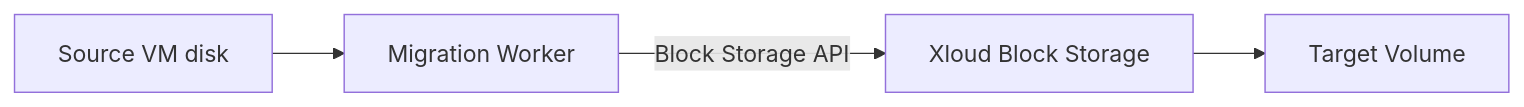
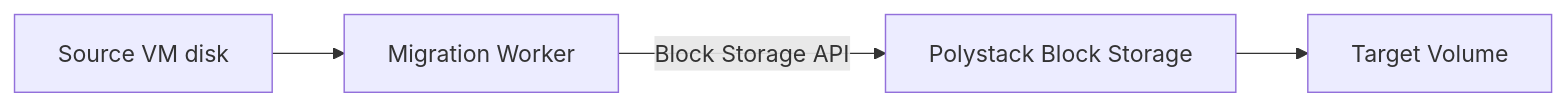
Before and after one commit to ankur-kumar87/docs-polystack: the diagram in services/migration/admin-guide/storage-backends.mdx, drawn with Mermaid. The commit also changed other lines of this file and 425 other files, not shown here.

````diff
--- a/services/migration/admin-guide/storage-backends.mdx
+++ b/services/migration/admin-guide/storage-backends.mdx
@@ -21,6 +21,6 @@
 ```mermaid
 graph LR
     S[Source VM disk] --> X[Migration Worker]
-    X -->|Block Storage API| BS[Xloud Block Storage]
+    X -->|Block Storage API| BS[Polystack Block Storage]
     BS --> V[Target Volume]
 ```
````
